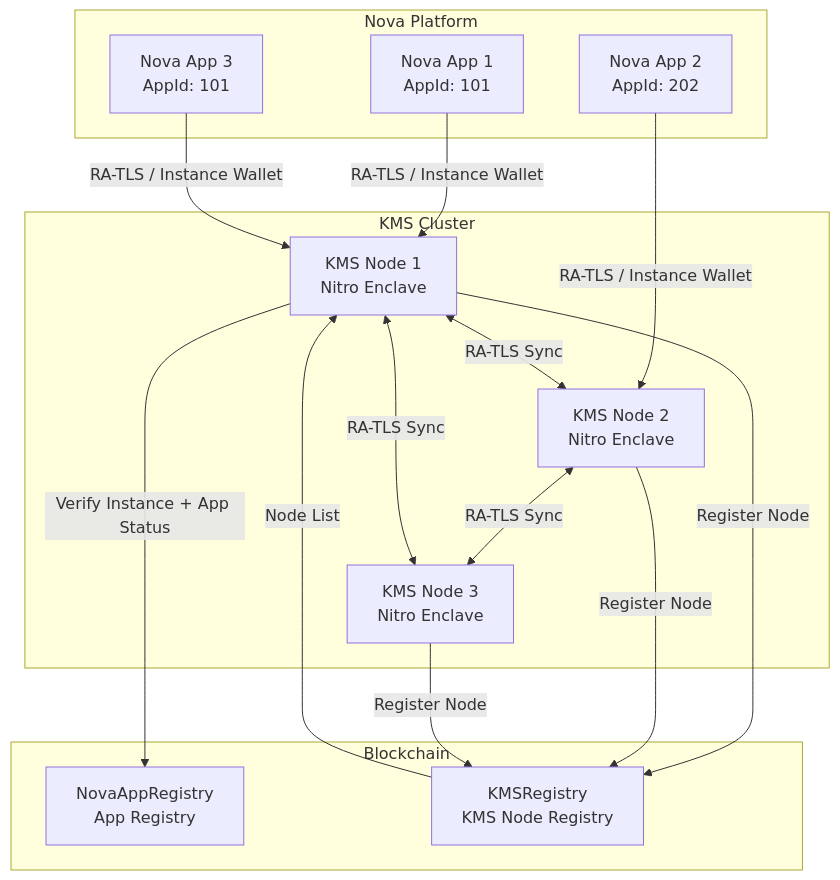
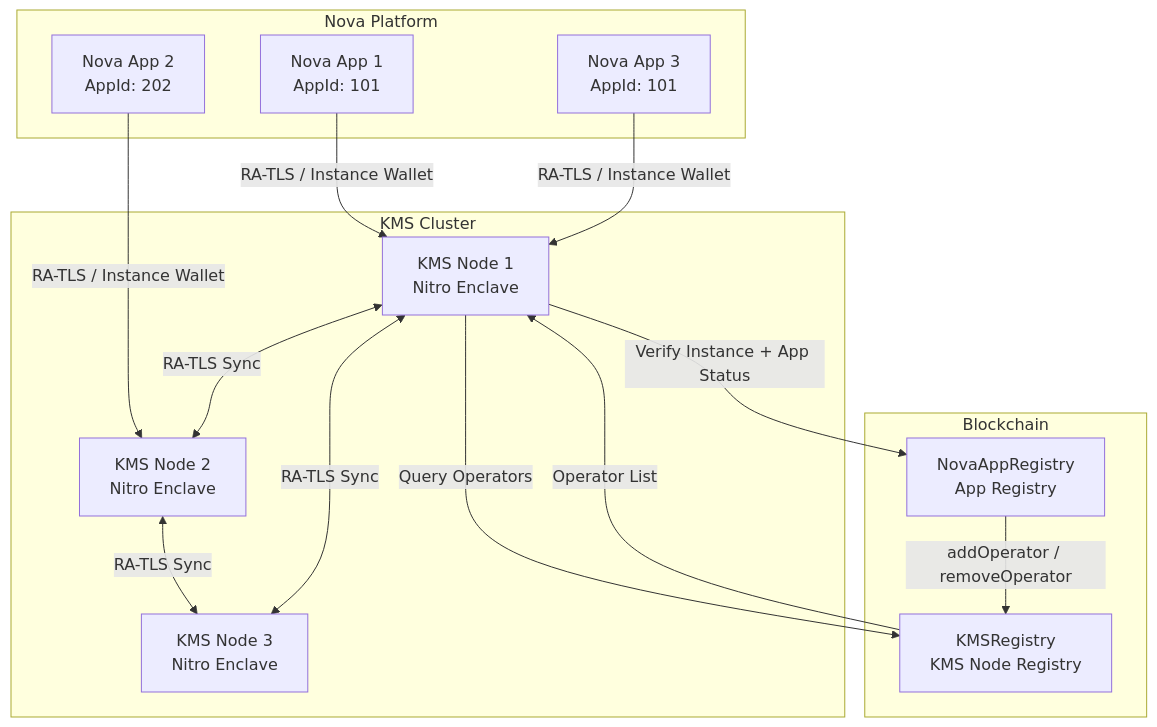
The first of 4 diagrams in docs/architecture.md (sparsity-xyz/nova-kms), drawn with Mermaid before and after one commit. The commit also changed other lines of this file and 42 other files, not shown here.

````diff
--- a/docs/architecture.md
+++ b/docs/architecture.md
@@ -7,34 +7,32 @@
 ```mermaid
 graph TB
     subgraph "Nova Platform"
         App1[Nova App 1<br/>AppId: 101]
         App2[Nova App 2<br/>AppId: 202]
         App3[Nova App 3<br/>AppId: 101]
     end
     
     subgraph "KMS Cluster"
         KMS1[KMS Node 1<br/>Nitro Enclave]
         KMS2[KMS Node 2<br/>Nitro Enclave]
         KMS3[KMS Node 3<br/>Nitro Enclave]
     end
     
     subgraph "Blockchain"
         Registry[NovaAppRegistry<br/>App Registry]
         KMSContract[KMSRegistry<br/>KMS Node Registry]
     end
     
     App1 -->|RA-TLS / Instance Wallet| KMS1
     App2 -->|RA-TLS / Instance Wallet| KMS2
     App3 -->|RA-TLS / Instance Wallet| KMS1
     
     KMS1 <-->|RA-TLS Sync| KMS2
     KMS2 <-->|RA-TLS Sync| KMS3
     KMS1 <-->|RA-TLS Sync| KMS3
     
-    KMS1 -->|Register Node| KMSContract
-    KMS2 -->|Register Node| KMSContract
-    KMS3 -->|Register Node| KMSContract
-    
+    Registry -->|addOperator / removeOperator| KMSContract
+    KMS1 -->|Query Operators| KMSContract
     KMS1 -->|Verify Instance + App Status| Registry
-    KMSContract -->|Node List| KMS1
+    KMSContract -->|Operator List| KMS1
 ```
````
